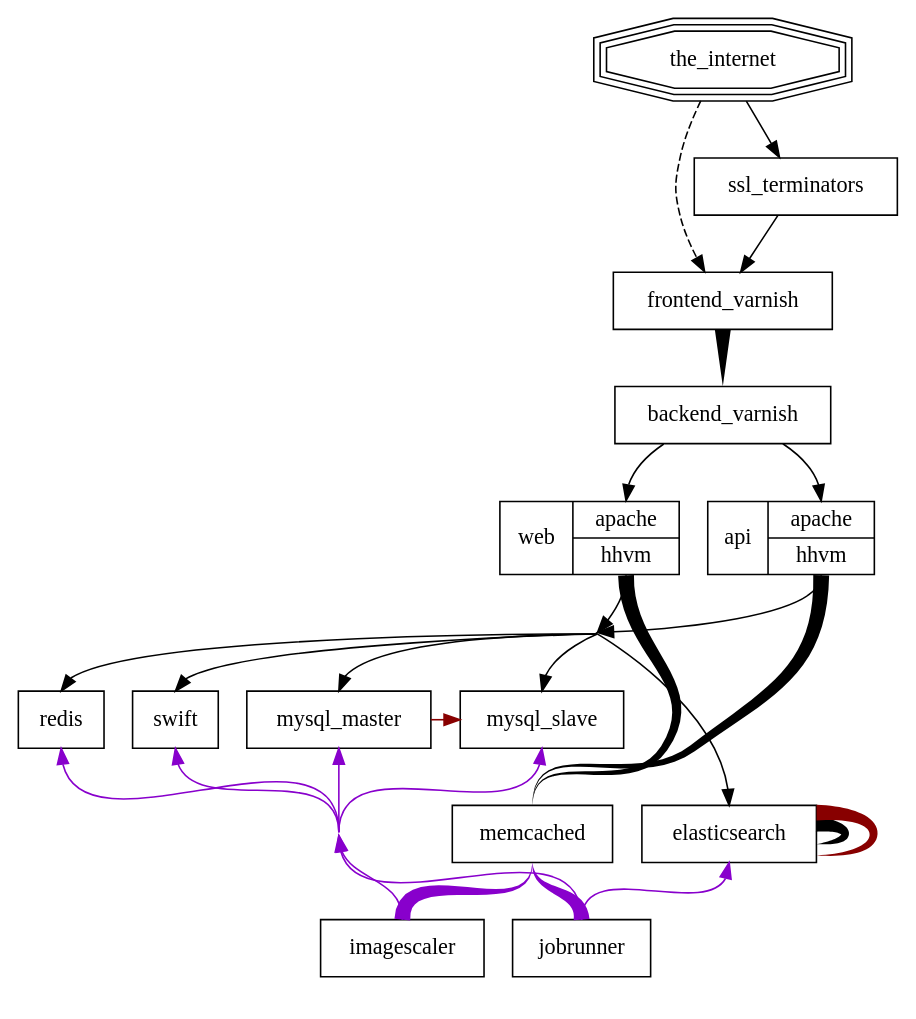
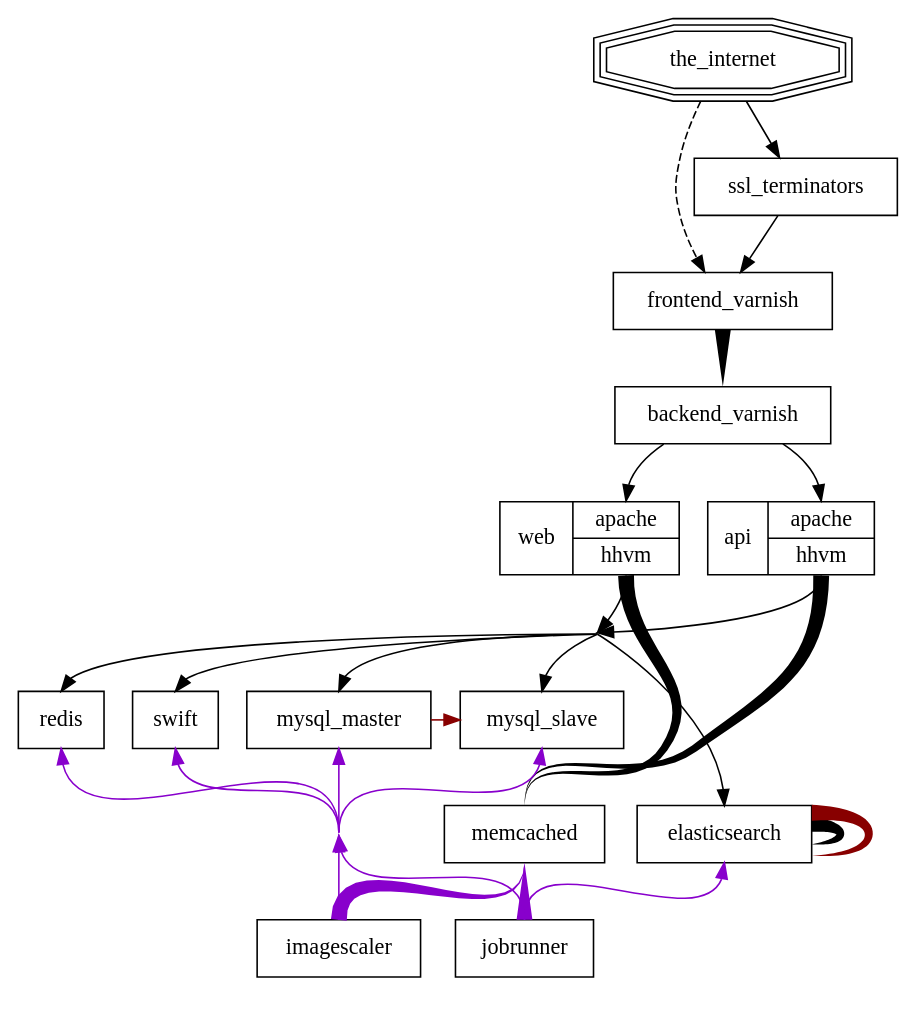
The diagram in diagram.dot (nik9000/wikimedia_diagram), drawn with Graphviz before and after one commit. The commit also changed 1 other file, not shown here.

```diff
--- a/diagram.dot
+++ b/diagram.dot
@@ -1,54 +1,51 @@
 digraph WMF {
   node [shape=box];
   subgraph web_traffic {
     the_internet -> ssl_terminators;
     the_internet -> frontend_varnish [style=dashed];
     ssl_terminators -> frontend_varnish;
     frontend_varnish -> backend_varnish [style=tapered, penwidth=10, arrowhead=none];
     backend_varnish -> {web, api} [headport="apache:n"];
     {web, api} -> web_service_collector [tailport="hhvm:s"];
     web_service_collector [shape=point, width=0];
     web_service_collector -> {mysql_master, mysql_slave, redis, elasticsearch, swift} [headport="n"];
     web_service_collector -> memcached [style=invis];
     {web, api} -> memcached [tailport="hhvm:s", headport="n", style=tapered, penwidth=10, arrowhead=none];
     elasticsearch -> elasticsearch [style=tapered, penwidth=10, arrowhead=none];
   }
   subgraph jobs {
     edge [color="#8800cc", constraint=false, tailport=n, headport=s]
     // These edge defines all the layout
     subgraph layout {
       edge [style=invis, constraint=true];
       {mysql_master, mysql_slave, redis, swift} -> job_service_collector -> {jobrunner, imagescaler};
       {mysql_master, mysql_slave, redis, swift} -> memcached -> {jobrunner, imagescaler};
       elasticsearch -> jobrunner;
-      job_service_collector -> job_es_spacer;
       subgraph r {
         rank=same;
         jobrunner, imagescaler;
       }
     }
 
     // These define the view
     job_service_collector [shape=point, width=0];
-    job_es_spacer [shape=point, width=0];
-    job_memcached_spacer [shape=point, width=0];
     {jobrunner, imagescaler} -> job_service_collector -> {mysql_master, mysql_slave, redis, swift};
     jobrunner:n -> elasticsearch;
     {jobrunner, imagescaler} -> memcached [style=tapered, penwidth=10, arrowhead=none];
     /*
      * While technically Elasticsearch does forward request to itself for jobs as well as web
      * traffic, it makes the graph really hard to read when its on there so I've commented it
      * out. Hopefully its still obvious.
      */
     // elasticsearch -> elasticsearch [dir="forward", style=tapered, penwidth=10, arrowhead=none];
   }
   subgraph replication {
     edge [color="#880000"]
     mysql_master -> mysql_slave [constraint=false];
     elasticsearch -> elasticsearch [style=tapered, penwidth=10, arrowhead=none];
   }
 
   the_internet [shape=tripleoctagon];
   web [shape=record, label="web | {<apache>apache | <hhvm>hhvm}"]
   api [shape=record, label="api | {<apache>apache | <hhvm>hhvm}"]
 }
```
